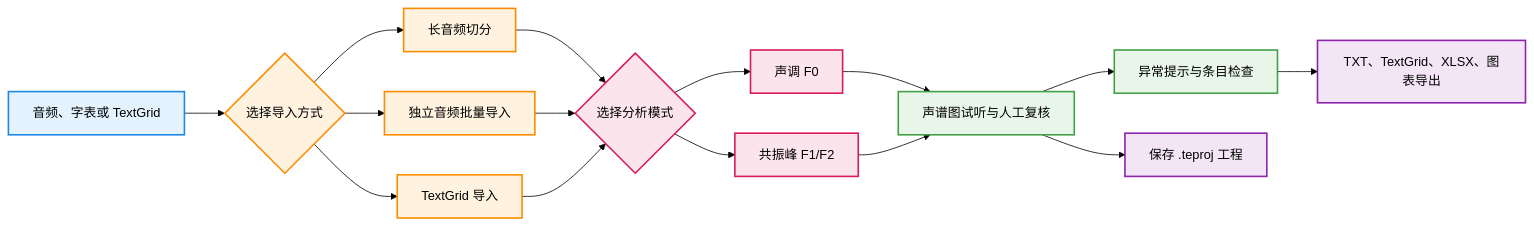
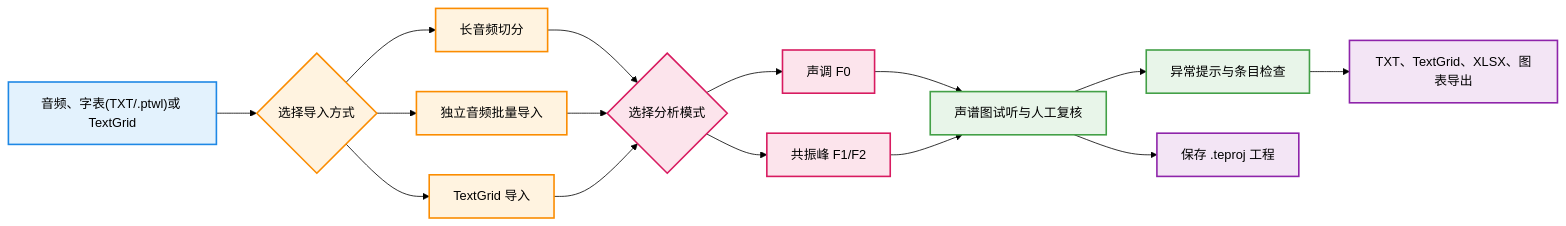
One commit to KasumiKitsune/PhonTracer changed the diagram in README.md. Above: the diagram before and after it, drawn with Mermaid (forest theme). The commit also changed other lines of this file and 6 other files, not shown here.

````diff
--- a/README.md
+++ b/README.md
@@ -66,24 +105,24 @@
 ```mermaid
 flowchart LR
     %% ================= 样式库 =================
     classDef input fill:#E3F2FD,stroke:#1E88E5,stroke-width:2px,color:#000
     classDef route fill:#FFF3E0,stroke:#FB8C00,stroke-width:2px,color:#000
     classDef core fill:#FCE4EC,stroke:#D81B60,stroke-width:2px,color:#000
     classDef ui fill:#E8F5E9,stroke:#43A047,stroke-width:2px,color:#000
     classDef export fill:#F3E5F5,stroke:#8E24AA,stroke-width:2px,color:#000
 
-    A["音频、字表或 TextGrid"]:::input --> B{"选择导入方式"}:::route
+    A["音频、字表(TXT/.ptwl)或 TextGrid"]:::input --> B{"选择导入方式"}:::route
     B --> C["长音频切分"]:::route
     B --> D["独立音频批量导入"]:::route
     B --> E["TextGrid 导入"]:::route
     C --> F{"选择分析模式"}:::core
     D --> F
     E --> F
     F --> G["声调 F0"]:::core
     F --> H["共振峰 F1/F2"]:::core
     G --> I["声谱图试听与人工复核"]:::ui
     H --> I
     I --> J["异常提示与条目检查"]:::ui
     J --> K["TXT、TextGrid、XLSX、图表导出"]:::export
     I --> L["保存 .teproj 工程"]:::export
 ```
````
